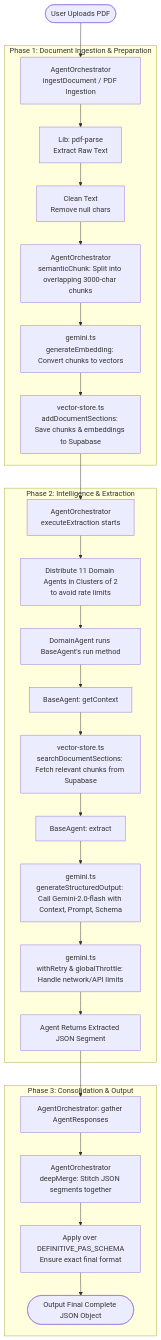
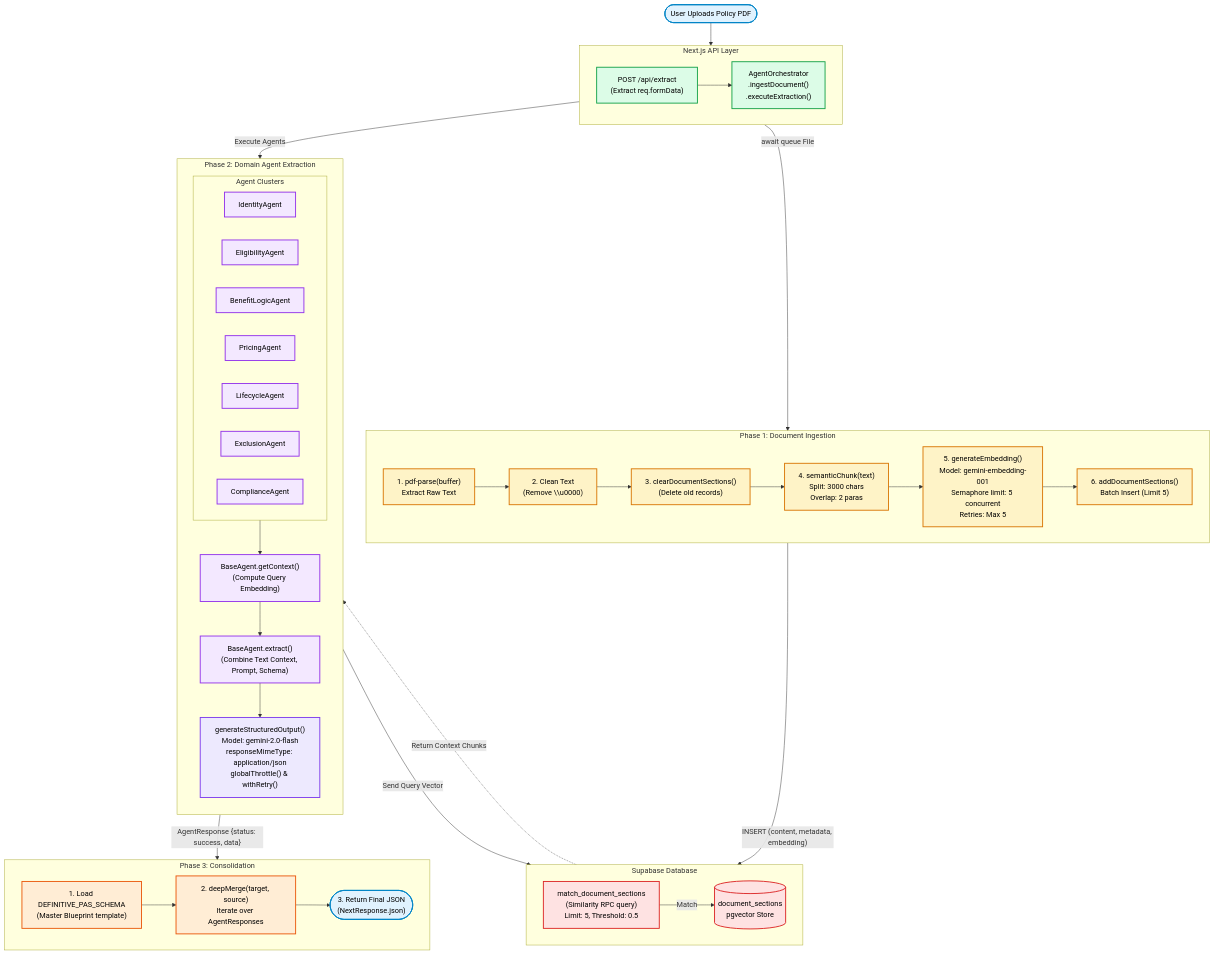
Before and after one commit to RohanYashraj/primepolicy-ai: the diagram in flow.md, drawn with Mermaid. The commit also changed other lines of this file, not shown here.

Commit message:
added flow diagram

````diff
--- a/flow.md
+++ b/flow.md
@@ -70,40 +70,92 @@
 ```mermaid
-graph TD
-    %% START
-    Start([User Uploads PDF]) --> Orchestrator_Ingest[AgentOrchestrator<br/>ingestDocument / PDF Ingestion]
+flowchart TD
 
-    %% PHASE 1: Ingestion
-    subgraph Phase 1: Document Ingestion & Preparation
-        Orchestrator_Ingest --> PDFParse[Lib: pdf-parse<br/>Extract Raw Text]
-        PDFParse --> CleanText[Clean Text<br/>Remove null chars]
-        CleanText --> Chunking[AgentOrchestrator<br/>semanticChunk: Split into overlapping 3000-char chunks]
-        Chunking --> GetEmbeddings[gemini.ts<br/>generateEmbedding: Convert chunks to vectors]
-        GetEmbeddings --> VectorStore[vector-store.ts<br/>addDocumentSections: Save chunks & embeddings to Supabase]
+%% STYLING
+classDef client fill:#e0f2fe,stroke:#0284c7,stroke-width:2px,color:#000
+classDef api fill:#dcfce7,stroke:#16a34a,stroke-width:2px,color:#000
+classDef ingest fill:#fef3c7,stroke:#d97706,stroke-width:2px,color:#000
+classDef vector fill:#fee2e2,stroke:#dc2626,stroke-width:2px,color:#000
+classDef agent fill:#f3e8ff,stroke:#9333ea,stroke-width:2px,color:#000
+classDef llm fill:#ede9fe,stroke:#7c3aed,stroke-width:2px,color:#000
+classDef merge fill:#ffedd5,stroke:#ea580c,stroke-width:2px,color:#000
+
+%% CLIENT
+User([User Uploads Policy PDF]):::client
+
+%% API LAYER
+subgraph API["Next.js API Layer"]
+    direction LR
+    Route["POST /api/extract<br/>(Extract req.formData)"]:::api
+    Orchestrator["AgentOrchestrator<br/>.ingestDocument()<br/>.executeExtraction()"]:::api
+    Route --> Orchestrator
+end
+
+User --> Route
+
+%% INGESTION
+subgraph Ingestion["Phase 1: Document Ingestion"]
+    direction LR
+    PDFParse["1. pdf-parse(buffer)<br/>Extract Raw Text"]:::ingest
+    Clean["2. Clean Text<br/>(Remove \\u0000)"]:::ingest
+    ClearDB["3. clearDocumentSections()<br/>(Delete old records)"]:::ingest
+    Chunk["4. semanticChunk(text)<br/>Split: 3000 chars<br/>Overlap: 2 paras"]:::ingest
+    Embed["5. generateEmbedding()<br/>Model: gemini-embedding-001<br/>Semaphore limit: 5 concurrent<br/>Retries: Max 5"]:::ingest
+    Store["6. addDocumentSections()<br/>Batch Insert (Limit 5)"]:::ingest
+    
+    PDFParse --> Clean --> ClearDB --> Chunk --> Embed --> Store
+end
+
+Orchestrator -- "await queue File" --> PDFParse
+
+%% VECTOR DB
+subgraph DB["Supabase Database"]
+    direction LR
+    VectorDB[(document_sections<br/>pgvector Store)]:::vector
+    RPC["match_document_sections<br/>(Similarity RPC query)<br/>Limit: 5, Threshold: 0.5"]:::vector
+end
+
+Store -- "INSERT (content, metadata, embedding)" --> VectorDB
+
+%% EXTRACTION
+subgraph Agents["Phase 2: Domain Agent Extraction"]
+    direction TB
+    
+    subgraph Cluster["Agent Clusters"]
+        direction LR
+        Agent1["IdentityAgent"]:::agent
+        Agent2["EligibilityAgent"]:::agent
+        Agent3["BenefitLogicAgent"]:::agent
+        Agent4["PricingAgent"]:::agent
+        Agent5["LifecycleAgent"]:::agent
+        Agent6["ExclusionAgent"]:::agent
+        Agent7["ComplianceAgent"]:::agent
     end
 
-    VectorStore --> Orchestrator_Extract[AgentOrchestrator<br/>executeExtraction starts]
+    Search["BaseAgent.getContext()<br/>(Compute Query Embedding)"]:::agent
+    ExtractRun["BaseAgent.extract()<br/>(Combine Text Context, Prompt, Schema)"]:::agent
+    
+    LLM["generateStructuredOutput()<br/>Model: gemini-2.0-flash<br/>responseMimeType: application/json<br/>globalThrottle() & withRetry()"]:::llm
+    
+    Cluster --> Search
+    Search --> ExtractRun
+    ExtractRun --> LLM
+end
 
-    %% PHASE 2: Intelligence & Extraction
-    subgraph Phase 2: Intelligence & Extraction
-        Orchestrator_Extract --> Clusters[Distribute 11 Domain Agents in Clusters of 2<br/>to avoid rate limits]
-        
-        Clusters --> AgentRun[DomainAgent runs BaseAgent's run method]
-        AgentRun --> GetContext[BaseAgent: getContext]
-        
-        GetContext --> SearchVector[vector-store.ts<br/>searchDocumentSections: Fetch relevant chunks from Supabase]
-        SearchVector --> Extract[BaseAgent: extract]
-        
-        Extract --> GeminiOutput[gemini.ts<br/>generateStructuredOutput: Call Gemini-2.0-flash with Context, Prompt, Schema]
-        GeminiOutput --> RetryThrottle[gemini.ts<br/>withRetry & globalThrottle: Handle network/API limits]
-        RetryThrottle --> AgentReturn[Agent Returns Extracted JSON Segment]
-    end
+Orchestrator -- "Execute Agents" --> Cluster
 
-    AgentReturn --> Merging[AgentOrchestrator: gather AgentResponses]
+Search -- "Send Query Vector" --> RPC
+RPC -- "Match" --> VectorDB
+VectorDB -. "Return Context Chunks" .-> ExtractRun
 
-    %% PHASE 3: Consolidation
-    subgraph Phase 3: Consolidation & Output
-        Merging --> DeepMerge[AgentOrchestrator<br/>deepMerge: Stitch JSON segments together]
-        DeepMerge --> SchemaDef[Apply over DEFINITIVE_PAS_SCHEMA<br/>Ensure exact final format]
-        SchemaDef --> FinalJSON([Output Final Complete JSON Object])
-    end
+%% CONSOLIDATION
+subgraph Consolidation["Phase 3: Consolidation"]
+    direction LR
+    Schema["1. Load DEFINITIVE_PAS_SCHEMA<br/>(Master Blueprint template)"]:::merge
+    MergeEngine["2. deepMerge(target, source)<br/>Iterate over AgentResponses"]:::merge
+    JSON(["3. Return Final JSON<br/>(NextResponse.json)"]):::client
+    
+    Schema --> MergeEngine --> JSON
+end
+
+LLM -- "AgentResponse {status: success, data}" --> Schema
 ```
````
